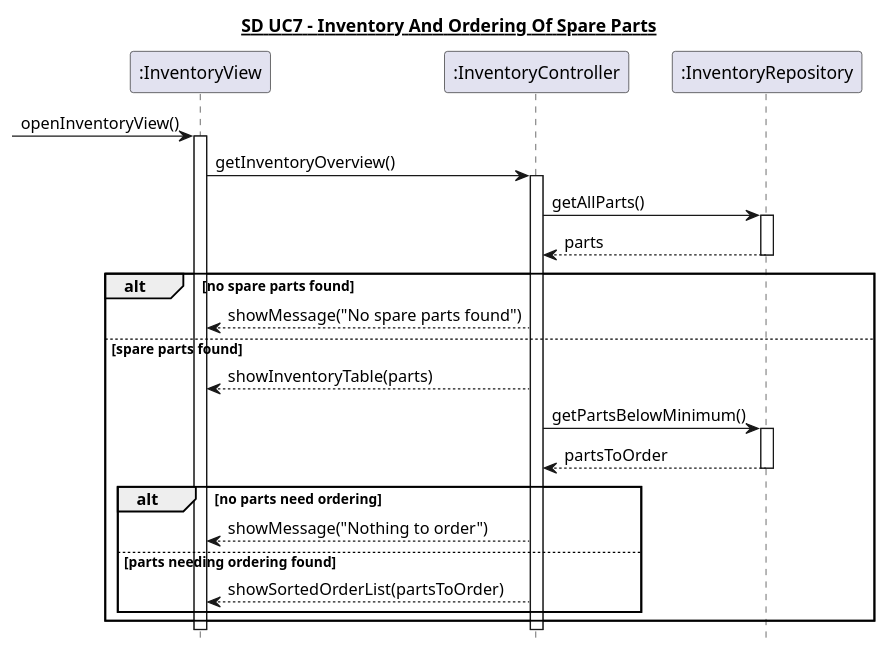
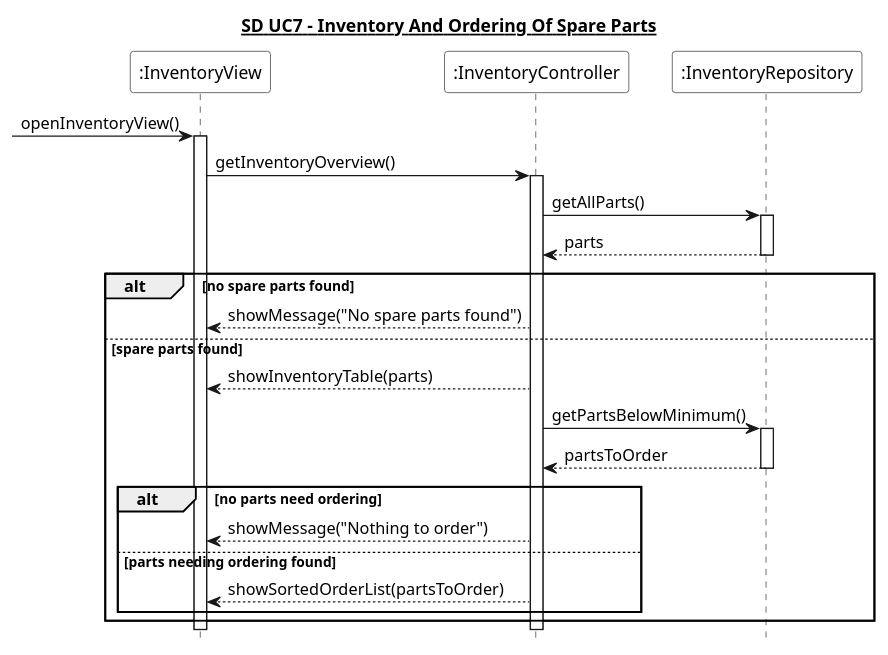
Before and after one commit to Zoabz/Getting-Real: the diagram in 6. Sekvens Diagrammer/UC7_lager_og_bestilling.puml, drawn with PlantUML. The commit also changed 8 other files, not shown here.

```diff
--- a/6. Sekvens Diagrammer/UC7_lager_og_bestilling.puml
+++ b/6. Sekvens Diagrammer/UC7_lager_og_bestilling.puml
@@ -1,42 +1,42 @@
 @startuml
 hide footbox
 title <U>SD UC7 - Inventory And Ordering Of Spare Parts</U>
 
-participant ":InventoryView" as View
-participant ":InventoryController" as Controller
-participant ":InventoryRepository" as Repository
+participant ":InventoryView" as View #White
+participant ":InventoryController" as Controller #White
+participant ":InventoryRepository" as Repository #White
 
 [-> View : openInventoryView()
 activate View
 
 View -> Controller : getInventoryOverview()
 activate Controller
 
 Controller -> Repository : getAllParts()
 activate Repository
 Repository --> Controller : parts
 deactivate Repository
 
 alt no spare parts found
     Controller --> View : showMessage("No spare parts found")
 
 else spare parts found
     Controller --> View : showInventoryTable(parts)
 
     Controller -> Repository : getPartsBelowMinimum()
     activate Repository
     Repository --> Controller : partsToOrder
     deactivate Repository
 
     alt no parts need ordering
         Controller --> View : showMessage("Nothing to order")
 
     else parts needing ordering found
         Controller --> View : showSortedOrderList(partsToOrder)
     end
 end
 
 deactivate Controller
 deactivate View
 
 @enduml
```
